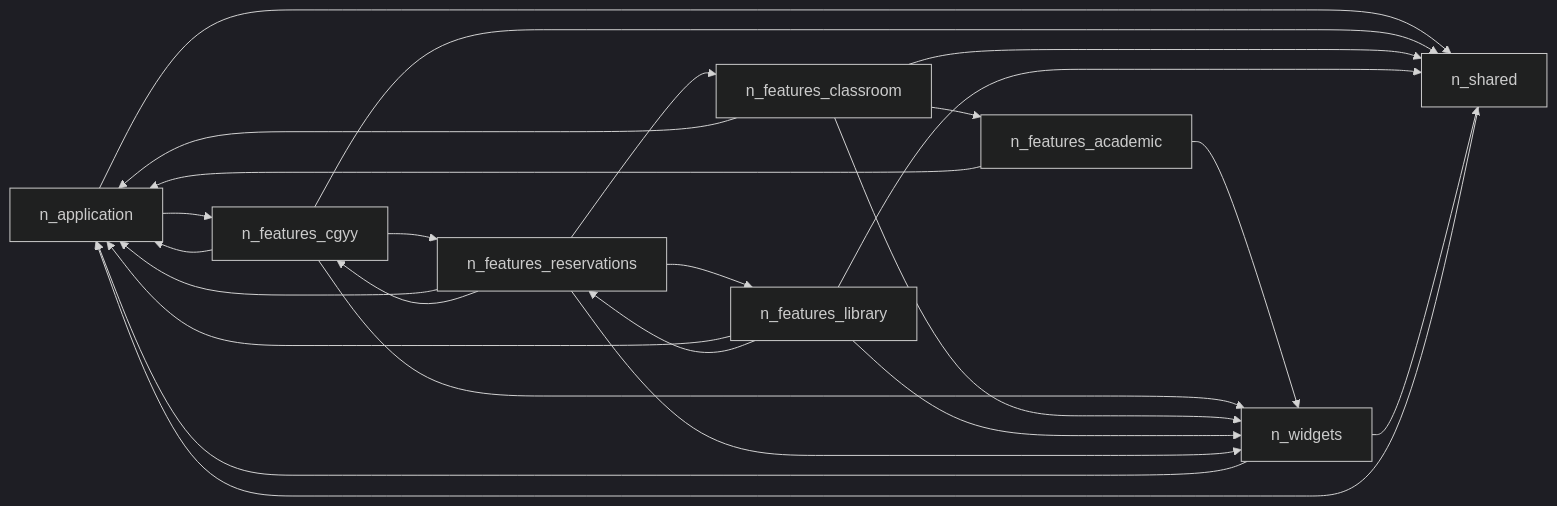
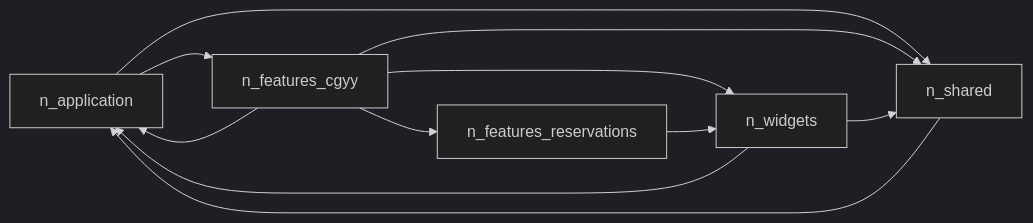
Before and after one commit to JUANWANG-BUAA/ginkgo: the second of 3 diagrams in docs/interfaces/DEPENDENCY-GRAPH.md, drawn with Mermaid (dark theme). The commit also changed other lines of this file and 69 other files, not shown here.

````diff
--- a/docs/interfaces/DEPENDENCY-GRAPH.md
+++ b/docs/interfaces/DEPENDENCY-GRAPH.md
@@ -193,27 +188,13 @@
 ```mermaid
 flowchart LR
   n_application --> n_features_cgyy
   n_application --> n_shared
-  n_features_academic --> n_application
-  n_features_academic --> n_widgets
   n_features_cgyy --> n_application
   n_features_cgyy --> n_features_reservations
   n_features_cgyy --> n_shared
   n_features_cgyy --> n_widgets
-  n_features_classroom --> n_application
-  n_features_classroom --> n_features_academic
-  n_features_classroom --> n_shared
-  n_features_classroom --> n_widgets
-  n_features_library --> n_application
-  n_features_library --> n_features_reservations
-  n_features_library --> n_shared
-  n_features_library --> n_widgets
-  n_features_reservations --> n_application
-  n_features_reservations --> n_features_cgyy
-  n_features_reservations --> n_features_classroom
-  n_features_reservations --> n_features_library
   n_features_reservations --> n_widgets
   n_shared --> n_application
   n_widgets --> n_application
   n_widgets --> n_shared
 ```
````
